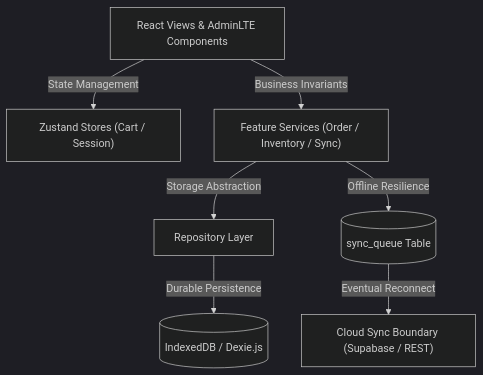
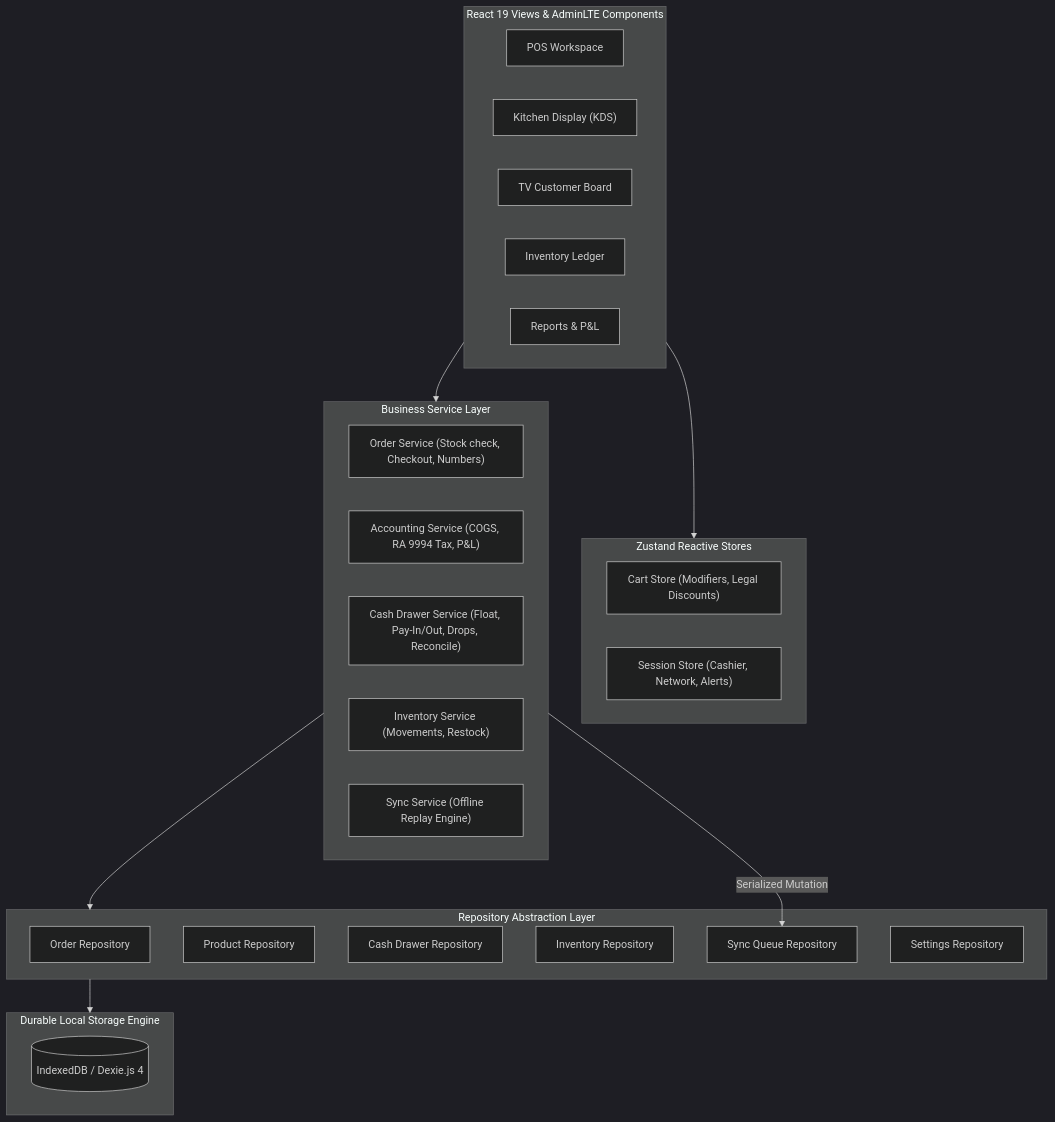
The diagram in README.md (DominceAseberos/project-serveflow), drawn with Mermaid (dark theme) before and after one commit. The commit also changed other lines of this file and 14 other files, not shown here.

````diff
--- a/README.md
+++ b/README.md
@@ -10,9 +140,42 @@
 ```mermaid
-graph TD
-    UI["React Views & AdminLTE Components"] -->|State Management| Zustand["Zustand Stores (Cart / Session)"]
-    UI -->|Business Invariants| Service["Feature Services (Order / Inventory / Sync)"]
-    Service -->|Storage Abstraction| Repo["Repository Layer"]
-    Repo -->|Durable Persistence| Dexie[("IndexedDB / Dexie.js")]
-    Service -->|Offline Resilience| Queue[("sync_queue Table")]
-    Queue -->|Eventual Reconnect| Cloud["Cloud Sync Boundary (Supabase / REST)"]
+flowchart TD
+    subgraph UI_Layer ["React 19 Views & AdminLTE Components"]
+        POS["POS Workspace"]
+        KDS["Kitchen Display (KDS)"]
+        TV["TV Customer Board"]
+        INV["Inventory Ledger"]
+        REP["Reports & P&L"]
+    end
+
+    subgraph State_Layer ["Zustand Reactive Stores"]
+        CartStore["Cart Store (Modifiers, Legal Discounts)"]
+        SessionStore["Session Store (Cashier, Network, Alerts)"]
+    end
+
+    subgraph Domain_Services ["Business Service Layer"]
+        OrderService["Order Service (Stock check, Checkout, Numbers)"]
+        AccountingService["Accounting Service (COGS, RA 9994 Tax, P&L)"]
+        CashDrawerService["Cash Drawer Service (Float, Pay-In/Out, Drops, Reconcile)"]
+        InventoryService["Inventory Service (Movements, Restock)"]
+        SyncService["Sync Service (Offline Replay Engine)"]
+    end
+
+    subgraph Repo_Layer ["Repository Abstraction Layer"]
+        OrderRepo["Order Repository"]
+        ProductRepo["Product Repository"]
+        CashDrawerRepo["Cash Drawer Repository"]
+        InventoryRepo["Inventory Repository"]
+        SyncQueueRepo["Sync Queue Repository"]
+        SettingsRepo["Settings Repository"]
+    end
+
+    subgraph Storage_Layer ["Durable Local Storage Engine"]
+        Dexie[("IndexedDB / Dexie.js 4")]
+    end
+
+    UI_Layer --> State_Layer
+    UI_Layer --> Domain_Services
+    Domain_Services --> Repo_Layer
+    Repo_Layer --> Storage_Layer
+    Domain_Services -->|Serialized Mutation| SyncQueueRepo
 ```
````
